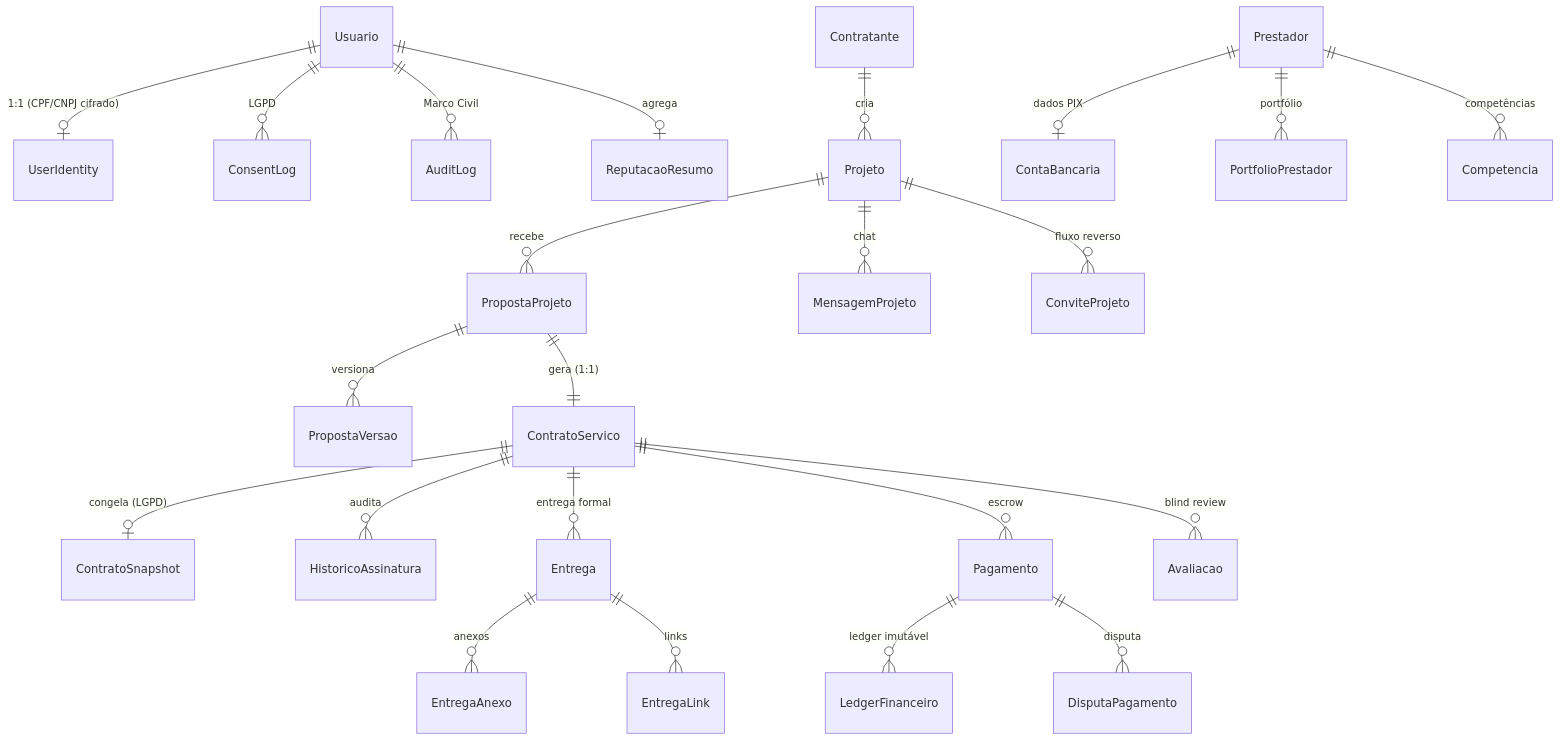
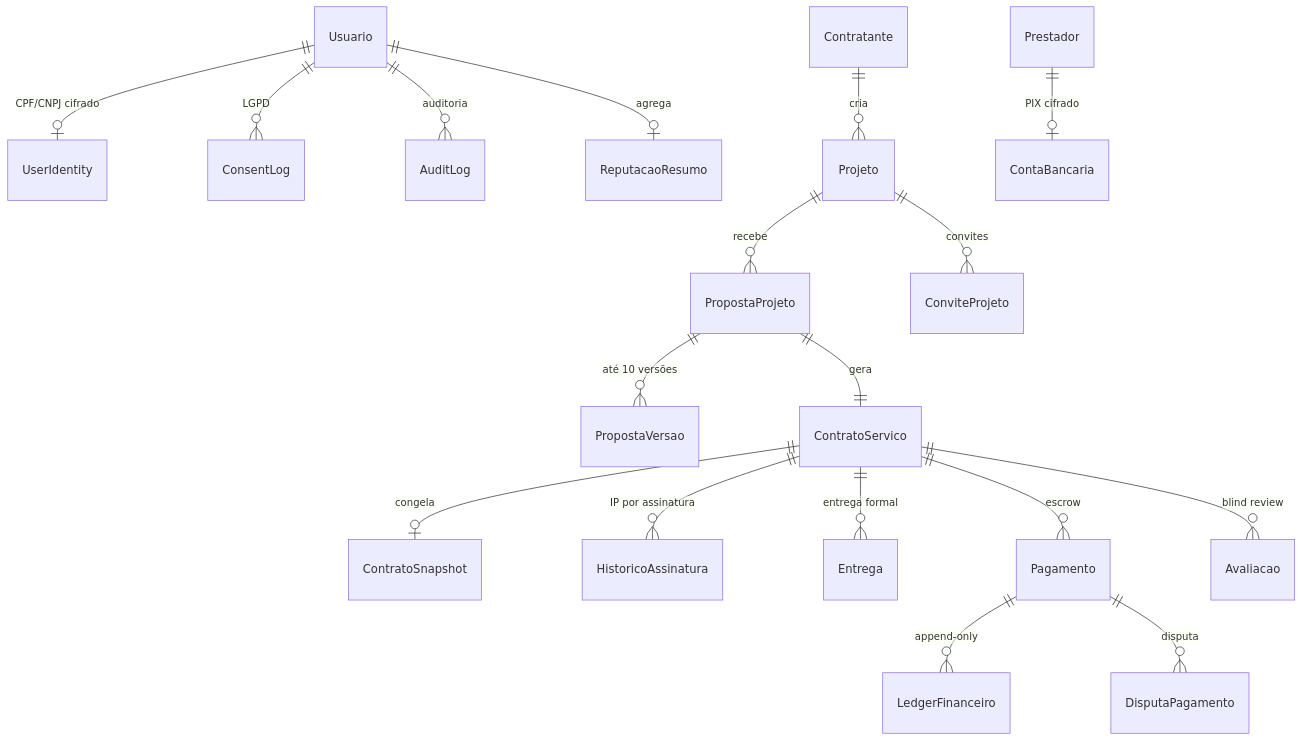
The fourth of 8 diagrams in Docs/ARQUITETURA.md (Gustavo-C-almeida/tratoo), drawn with Mermaid before and after one commit. The commit also changed other lines of this file and 1 other file, not shown here.

First line of the commit message:
docs: reconstrói ARQUITETURA.md e README.md a partir da auditoria de 29/10

````diff
--- a/Docs/ARQUITETURA.md
+++ b/Docs/ARQUITETURA.md
@@ -411,25 +391,20 @@
 ```mermaid
 erDiagram
-    Usuario ||--o| UserIdentity : "1:1 (CPF/CNPJ cifrado)"
+    Usuario ||--o| UserIdentity : "CPF/CNPJ cifrado"
     Usuario ||--o{ ConsentLog : "LGPD"
-    Usuario ||--o{ AuditLog : "Marco Civil"
+    Usuario ||--o{ AuditLog : "auditoria"
     Contratante ||--o{ Projeto : cria
     Projeto ||--o{ PropostaProjeto : recebe
-    PropostaProjeto ||--o{ PropostaVersao : versiona
-    Projeto ||--o{ MensagemProjeto : "chat"
-    Projeto ||--o{ ConviteProjeto : "fluxo reverso"
-    PropostaProjeto ||--|| ContratoServico : "gera (1:1)"
-    ContratoServico ||--o| ContratoSnapshot : "congela (LGPD)"
-    ContratoServico ||--o{ HistoricoAssinatura : audita
+    PropostaProjeto ||--o{ PropostaVersao : "até 10 versões"
+    Projeto ||--o{ ConviteProjeto : "convites"
+    PropostaProjeto ||--|| ContratoServico : "gera"
+    ContratoServico ||--o| ContratoSnapshot : "congela"
+    ContratoServico ||--o{ HistoricoAssinatura : "IP por assinatura"
     ContratoServico ||--o{ Entrega : "entrega formal"
-    Entrega ||--o{ EntregaAnexo : anexos
-    Entrega ||--o{ EntregaLink : links
     ContratoServico ||--o{ Pagamento : "escrow"
-    Pagamento ||--o{ LedgerFinanceiro : "ledger imutável"
+    Pagamento ||--o{ LedgerFinanceiro : "append-only"
     Pagamento ||--o{ DisputaPagamento : disputa
     ContratoServico ||--o{ Avaliacao : "blind review"
     Usuario ||--o| ReputacaoResumo : agrega
-    Prestador ||--o| ContaBancaria : "dados PIX"
-    Prestador ||--o{ PortfolioPrestador : portfólio
-    Prestador ||--o{ Competencia : competências
+    Prestador ||--o| ContaBancaria : "PIX cifrado"
 ```
````
